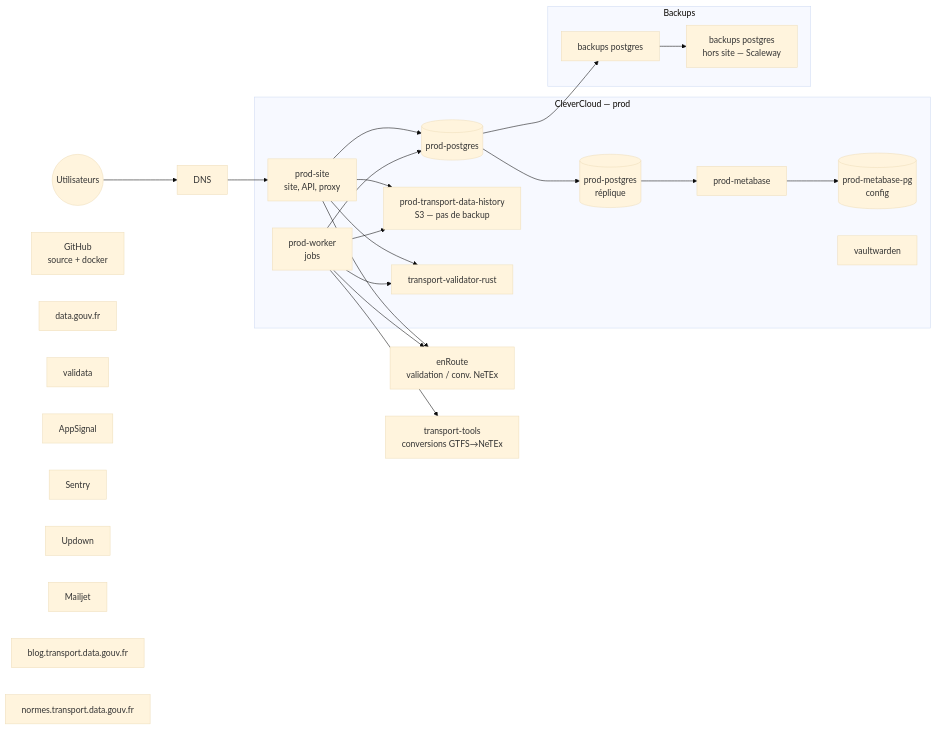
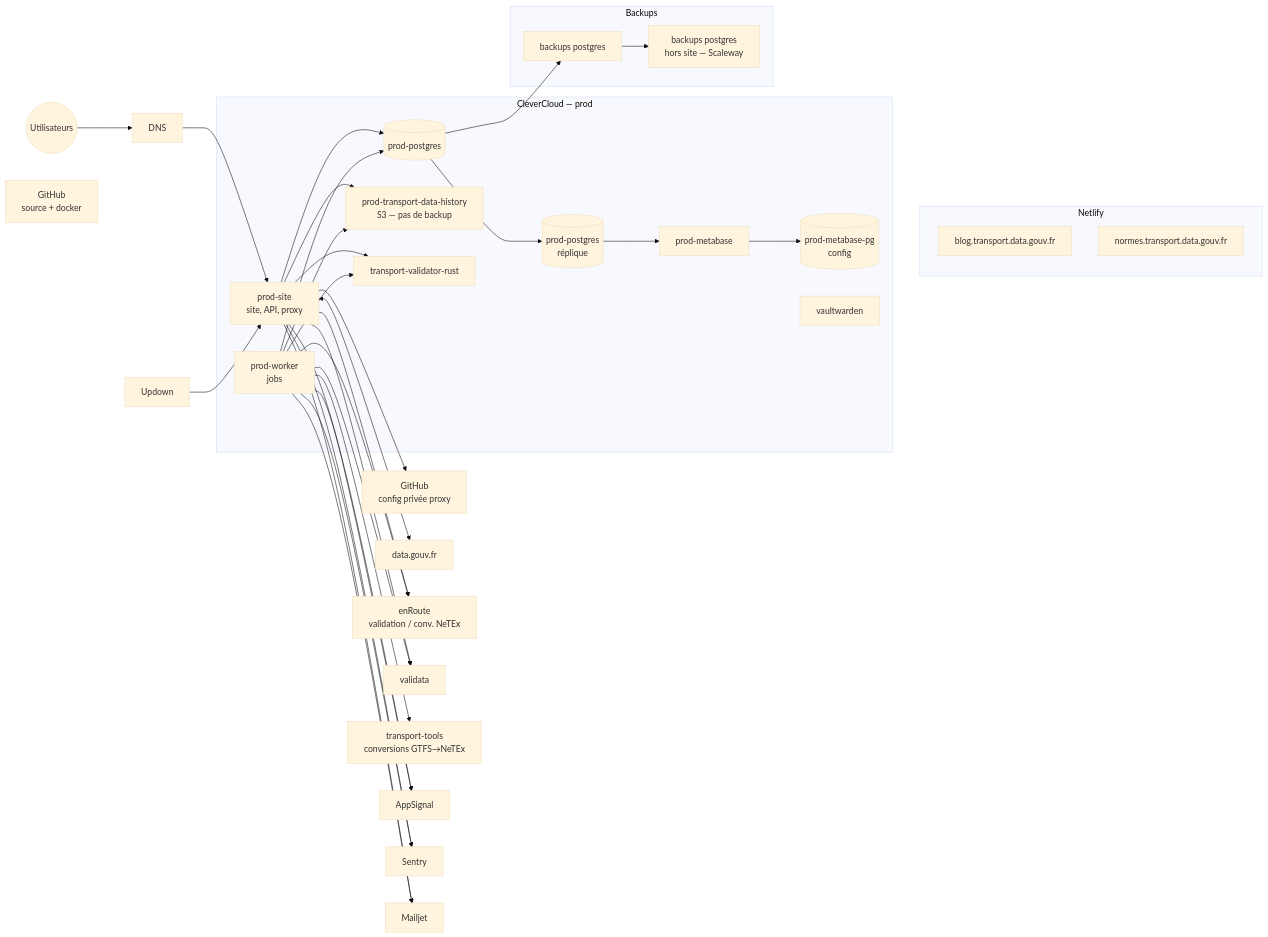
The diagram in docs/architecture.md (etalab/transport-site), drawn with Mermaid (base theme) before and after one commit.

````diff
--- a/docs/architecture.md
+++ b/docs/architecture.md
@@ -10,47 +10,55 @@
 ```mermaid
 flowchart LR
     users((Utilisateurs))
     dns[DNS]
     github[GitHub<br/>source + docker]
+    proxyconfig[GitHub<br/>config privée proxy]
     datagouv[data.gouv.fr]
     enroute[enRoute<br/>validation / conv. NeTEx]
     validata[validata]
     tools[transport-tools<br/>conversions GTFS→NeTEx]
 
     appsignal[AppSignal]
     sentry[Sentry]
     updown[Updown]
     mailjet[Mailjet]
 
     subgraph cc[CleverCloud — prod]
         site[prod-site<br/>site, API, proxy]
         worker[prod-worker<br/>jobs]
         pg[(prod-postgres)]
         replica[(prod-postgres<br/>réplique)]
         history[prod-transport-data-history<br/>S3 — pas de backup]
         validator[transport-validator-rust]
         metabase[prod-metabase]
         metabasepg[(prod-metabase-pg<br/>config)]
         vault[vaultwarden]
     end
 
     subgraph bkp[Backups]
         b1[backups postgres]
         b2[backups postgres<br/>hors site — Scaleway]
     end
 
-    blog[blog.transport.data.gouv.fr]
-    normes[normes.transport.data.gouv.fr]
+    subgraph netlify[Netlify]
+        blog[blog.transport.data.gouv.fr]
+        normes[normes.transport.data.gouv.fr]
+    end
 
     users --> dns --> site
     site --> pg
     site --> history
     worker --> pg
     worker --> history
     worker --> tools
     site & worker --> validator
     site & worker --> enroute
+    site --> proxyconfig
+    site <--> datagouv
+    site & worker --> appsignal & sentry & mailjet & validata
+    updown --> site
     pg --> replica
     pg --> b1 --> b2
     replica --> metabase --> metabasepg
+    metabasepg ~~~ netlify
 ```
````
